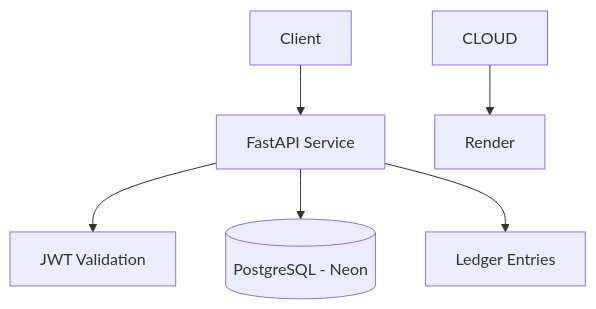
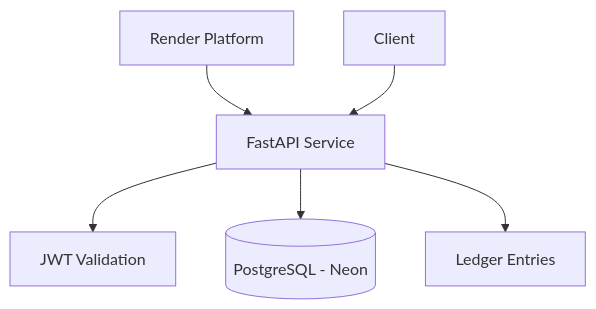
Before and after one commit to ErickB14/super_cool_finances: the diagram in README.md, drawn with Mermaid. The commit also changed 2 other files, not shown here.

Commit message:
Integrate test cases and coverage

````diff
--- a/README.md
+++ b/README.md
@@ -18,8 +18,8 @@
 ```mermaid
 graph TD
-    Client --> API[FastAPI Service]
-    API --> Auth[JWT Validation]
-    API --> DB[(PostgreSQL - Neon)]
-    API --> Ledger[Ledger Entries]
-    CLOUD --> Render
+  Render[Render Platform] --> API[FastAPI Service]
+  Client --> API
+  API --> Auth[JWT Validation]
+  API --> DB[(PostgreSQL - Neon)]
+  API --> Ledger[Ledger Entries]
 ```
````
